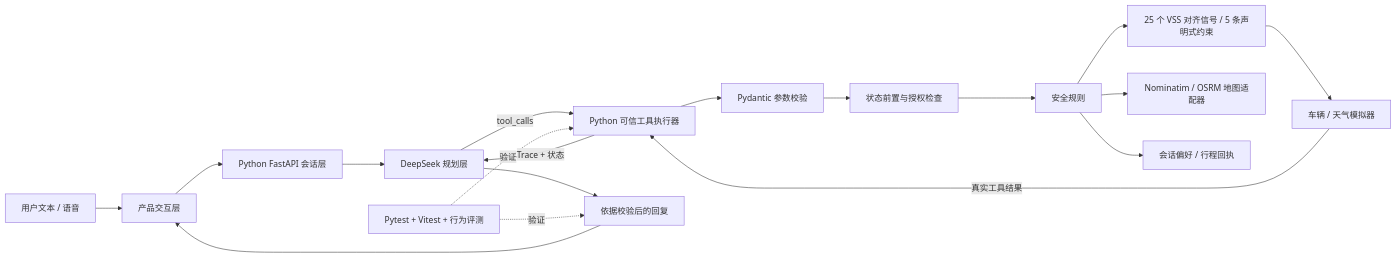
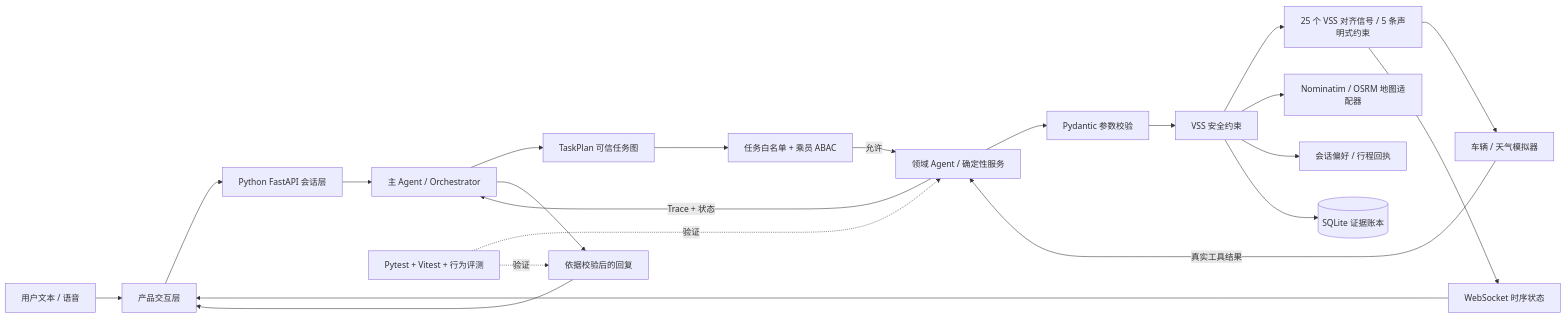
The diagram in README.md (whisper621/CabinGuard), drawn with Mermaid before and after one commit. The commit also changed other lines of this file and 45 other files, not shown here.

````diff
--- a/README.md
+++ b/README.md
@@ -122,21 +124,25 @@
 ```mermaid
 flowchart LR
     U[用户文本 / 语音] --> UI[产品交互层]
     UI --> S[Python FastAPI 会话层]
-    S --> LLM[DeepSeek 规划层]
-    LLM -->|tool_calls| EX[Python 可信工具执行器]
+    S --> LLM[主 Agent / Orchestrator]
+    LLM --> PLAN[TaskPlan 可信任务图]
+    PLAN --> P[任务白名单 + 乘员 ABAC]
+    P -->|允许| EX[领域 Agent / 确定性服务]
     EX --> V[Pydantic 参数校验]
-    V --> P[状态前置与授权检查]
-    P --> G[安全规则]
+    V --> G[VSS 安全约束]
     G --> VSS[25 个 VSS 对齐信号 / 5 条声明式约束]
     VSS --> SIM[车辆 / 天气模拟器]
     G --> MAP[Nominatim / OSRM 地图适配器]
     G --> MEM[会话偏好 / 行程回执]
+    G --> EVT[(SQLite 证据账本)]
+    VSS --> WS[WebSocket 时序状态]
+    WS --> UI
     SIM -->|真实工具结果| EX
     EX -->|Trace + 状态| LLM
     LLM --> R[依据校验后的回复]
     R --> UI
 
     T[Pytest + Vitest + 行为评测] -.验证.-> EX
     T -.验证.-> R
 ```
````
